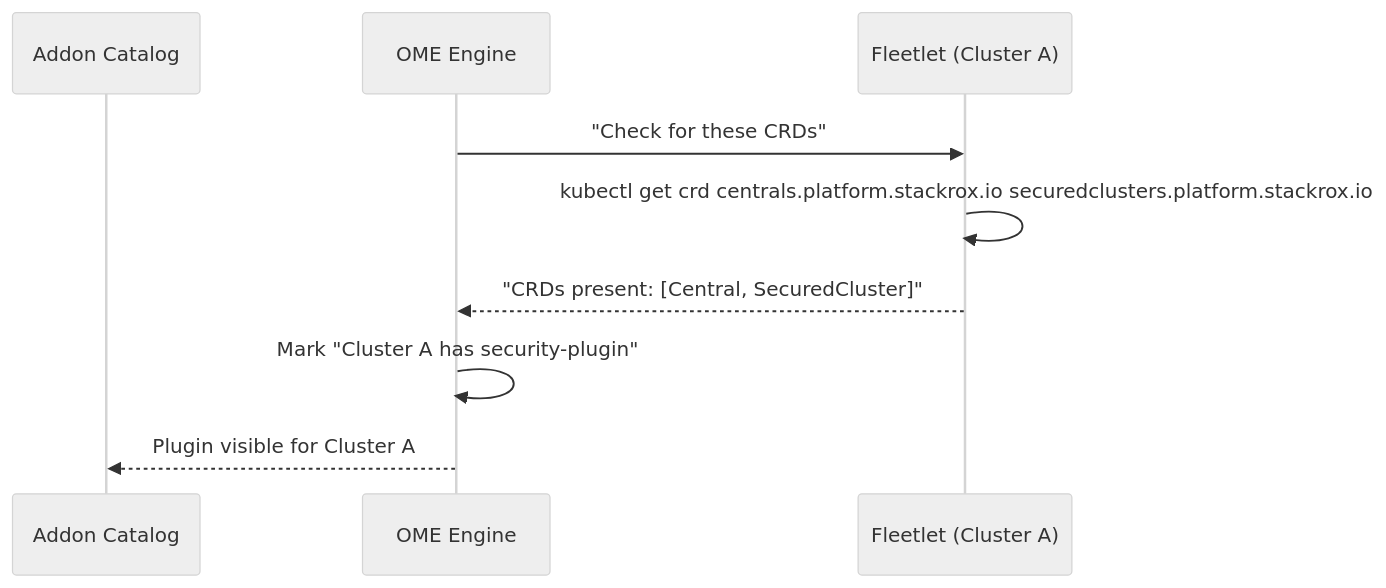
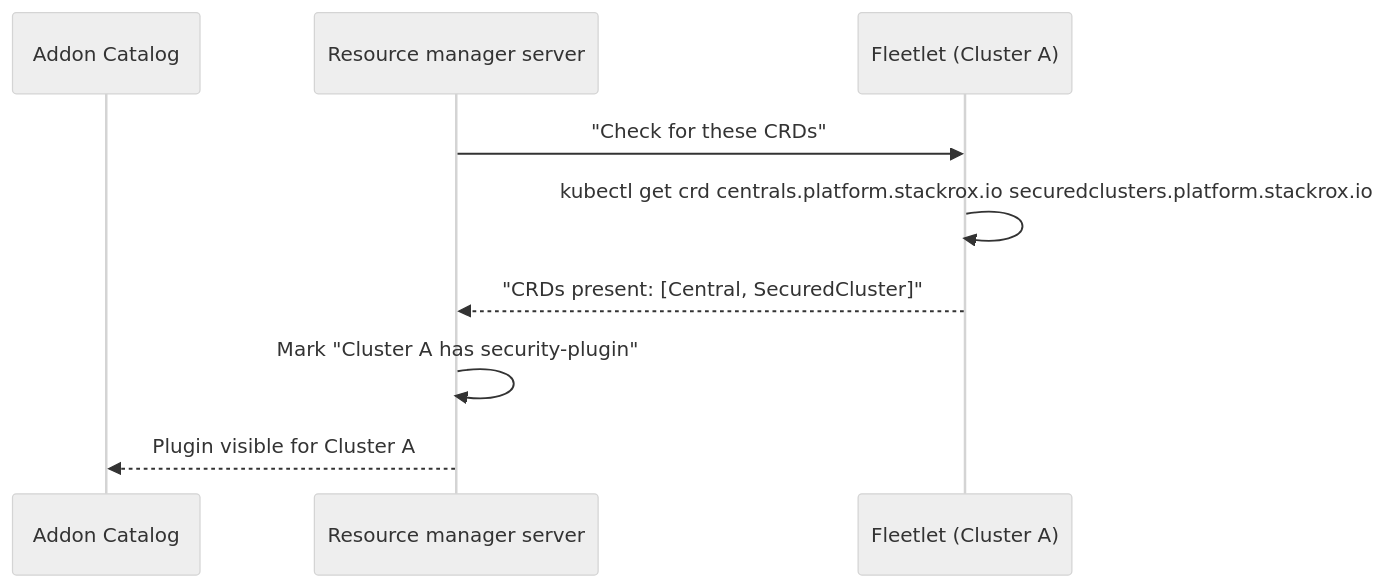
Before and after one commit to fleetshift/fleetshift-poc: the tenth of 11 diagrams in docs/design/addon-ui-architecture.md, drawn with Mermaid (neutral theme). The commit also changed other lines of this file and 1079 other files, not shown here.

````diff
--- a/docs/design/addon-ui-architecture.md
+++ b/docs/design/addon-ui-architecture.md
@@ -745,12 +747,12 @@
 ```mermaid
 sequenceDiagram
     participant Catalog as Addon Catalog
-    participant OME as OME Engine
+    participant RM as Resource manager server
     participant Fleetlet as Fleetlet (Cluster A)
 
-    OME->>Fleetlet: "Check for these CRDs"
+    RM->>Fleetlet: "Check for these CRDs"
     Fleetlet->>Fleetlet: kubectl get crd centrals.platform.stackrox.io securedclusters.platform.stackrox.io
-    Fleetlet-->>OME: "CRDs present: [Central, SecuredCluster]"
-    OME->>OME: Mark "Cluster A has security-plugin"
-    OME-->>Catalog: Plugin visible for Cluster A
+    Fleetlet-->>RM: "CRDs present: [Central, SecuredCluster]"
+    RM->>RM: Mark "Cluster A has security-plugin"
+    RM-->>Catalog: Plugin visible for Cluster A
 ```
````
